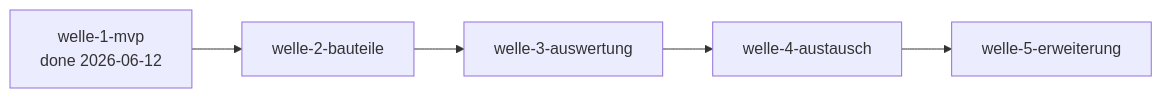
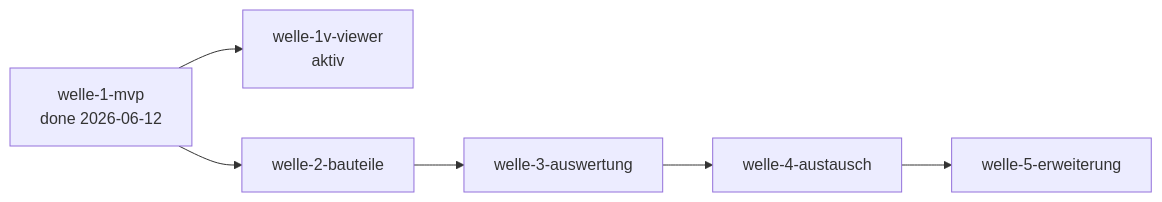
The diagram in docs/plan/planning/in-progress/roadmap.md (pt9912/b-cad), drawn with Mermaid before and after one commit. The commit also changed other lines of this file and 2 other files, not shown here.

First line of the commit message:
docs(plan): welle-1v-viewer starten — Roadmap-Umbuchung + Slice-Nachzug

````diff
--- a/docs/plan/planning/in-progress/roadmap.md
+++ b/docs/plan/planning/in-progress/roadmap.md
@@ -44,10 +58,12 @@
 ```mermaid
 flowchart LR
     W1[welle-1-mvp<br/>done 2026-06-12]
+    W1V[welle-1v-viewer<br/>aktiv]
     W2[welle-2-bauteile]
     W3[welle-3-auswertung]
     W4[welle-4-austausch]
     W5[welle-5-erweiterung]
 
+    W1 --> W1V
     W1 --> W2 --> W3 --> W4 --> W5
 ```
````
